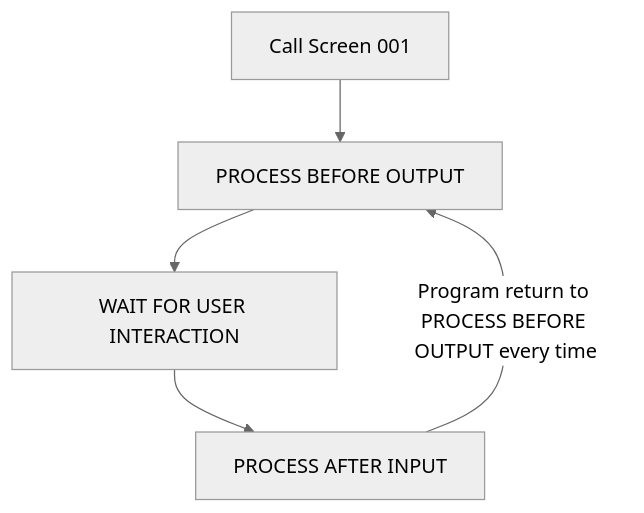
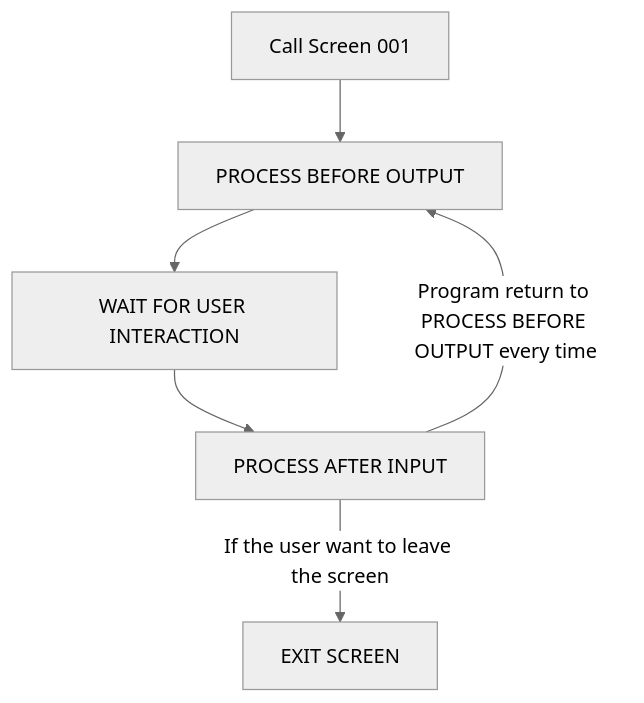
The diagram in Exercice4.md (Fabeure/ABAP-Initiation), drawn with Mermaid (neutral theme) before and after one commit.

````diff
--- a/Exercice4.md
+++ b/Exercice4.md
@@ -37,7 +37,9 @@
     ``` mermaid
       graph TD;
             A[Call Screen 001]-->B[PROCESS BEFORE OUTPUT];
             B[PROCESS BEFORE OUTPUT]-->C[WAIT FOR USER INTERACTION];
             C[WAIT FOR USER INTERACTION]-->D[PROCESS AFTER INPUT];
             D -- Program return to PROCESS BEFORE OUTPUT every time -->B;
+
+            D -- If the user want to leave the screen --> E[EXIT SCREEN];
     ```
````
